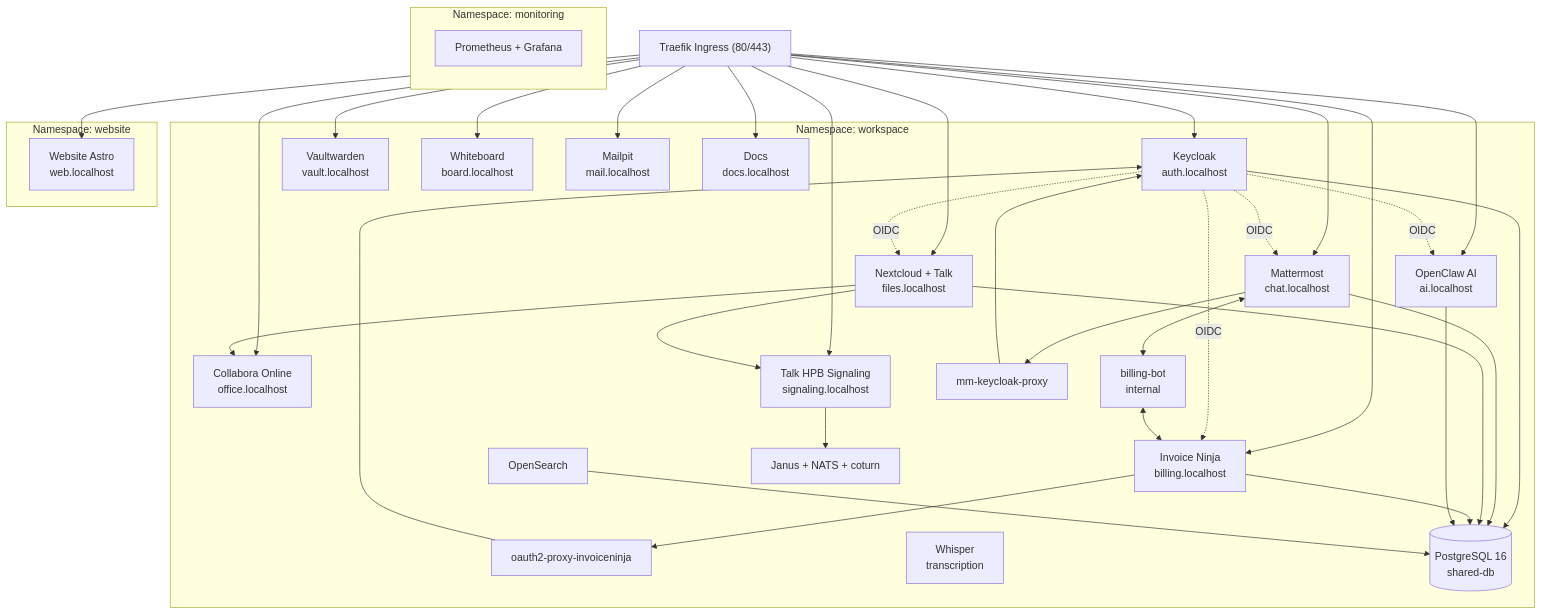
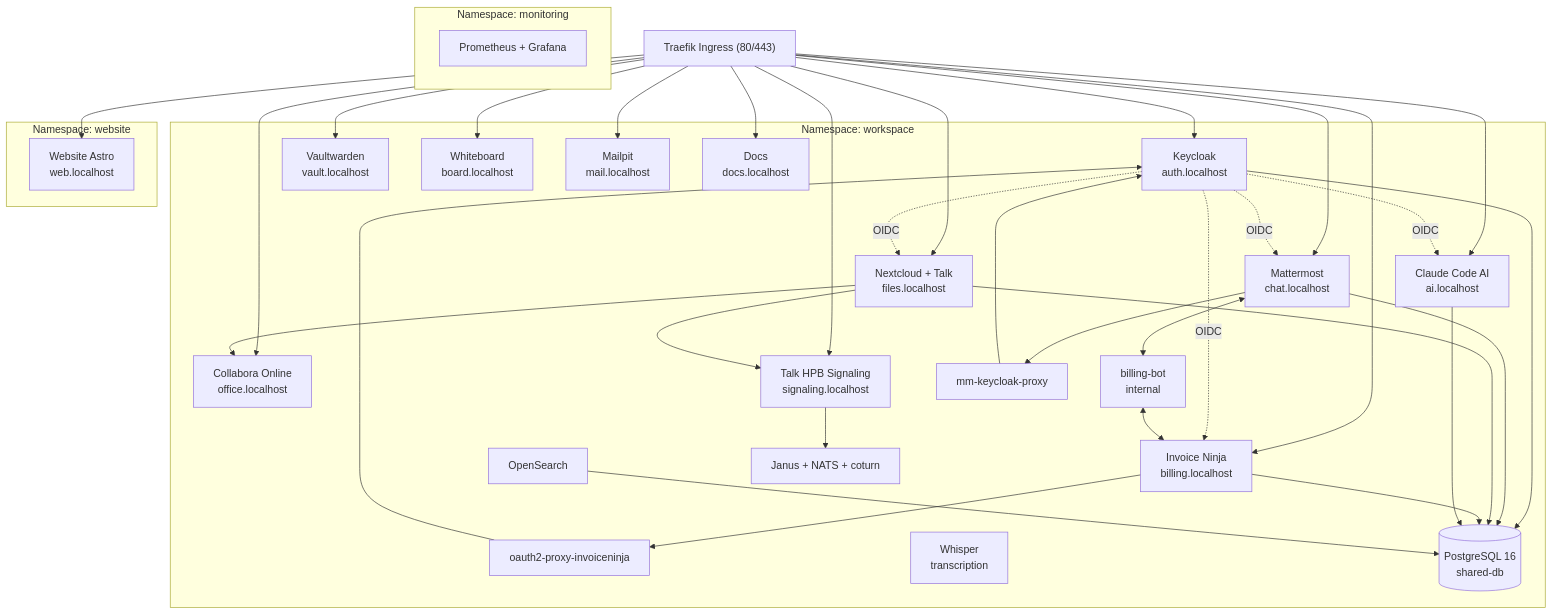
The diagram in CLAUDE.md (Paddione/Bachelorprojekt), drawn with Mermaid before and after one commit. The commit also changed other lines of this file and 73 other files, not shown here.

First line of the commit message:
feat: add patrick/gekko admin users and complete openclaw→claude-code rename

````diff
--- a/CLAUDE.md
+++ b/CLAUDE.md
@@ -113,45 +113,45 @@
 ```mermaid
 graph TB
     Traefik["Traefik Ingress (80/443)"]
 
     subgraph workspace ["Namespace: workspace"]
         KC[Keycloak<br/>auth.localhost]
         MM[Mattermost<br/>chat.localhost]
         NC[Nextcloud + Talk<br/>files.localhost]
         CO[Collabora Online<br/>office.localhost]
         HPB[Talk HPB Signaling<br/>signaling.localhost]
-        OC[OpenClaw AI<br/>ai.localhost]
+        OC[Claude Code AI<br/>ai.localhost]
         IN[Invoice Ninja<br/>billing.localhost]
         VW[Vaultwarden<br/>vault.localhost]
         WB[Whiteboard<br/>board.localhost]
         MP[Mailpit<br/>mail.localhost]
         OS[OpenSearch]
         DOCS[Docs<br/>docs.localhost]
         BB[billing-bot<br/>internal]
         PROXY[mm-keycloak-proxy]
         OAUTH[oauth2-proxy-invoiceninja]
         WHISPER[Whisper<br/>transcription]
         JANUS[Janus + NATS + coturn]
         DB[(PostgreSQL 16<br/>shared-db)]
     end
 
     subgraph website-ns ["Namespace: website"]
         WEB[Website Astro<br/>web.localhost]
     end
 
     subgraph monitoring-ns ["Namespace: monitoring"]
         PROM[Prometheus + Grafana]
     end
 
     Traefik --> KC & MM & NC & CO & HPB & OC & IN & VW & WB & MP & DOCS & WEB
 
     KC -. OIDC .-> MM & NC & IN & OC
     PROXY --> KC
     MM --> PROXY
     OAUTH --> KC
     IN --> OAUTH
     MM <--> BB <--> IN
     NC --> CO
     NC --> HPB --> JANUS
     KC & MM & NC & IN & OC & OS --> DB
 ```
````
